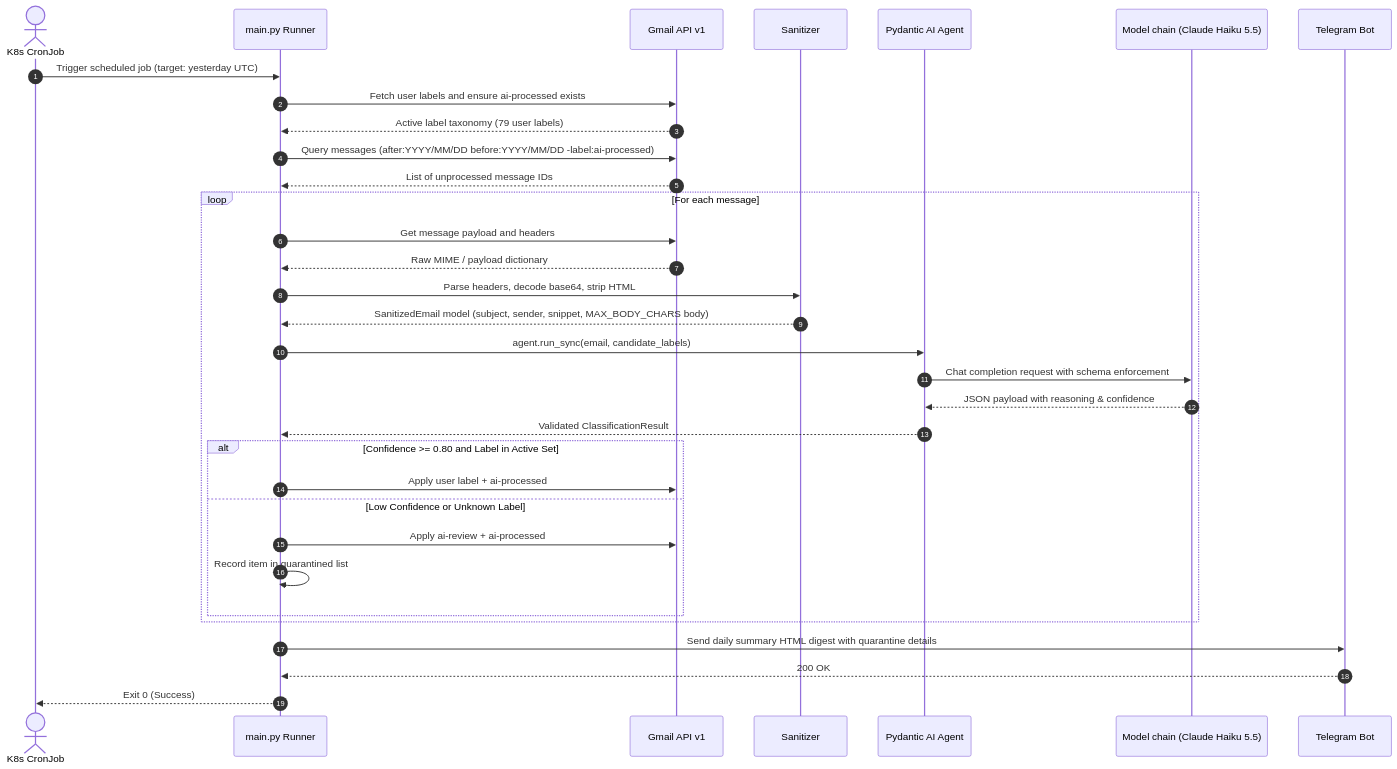
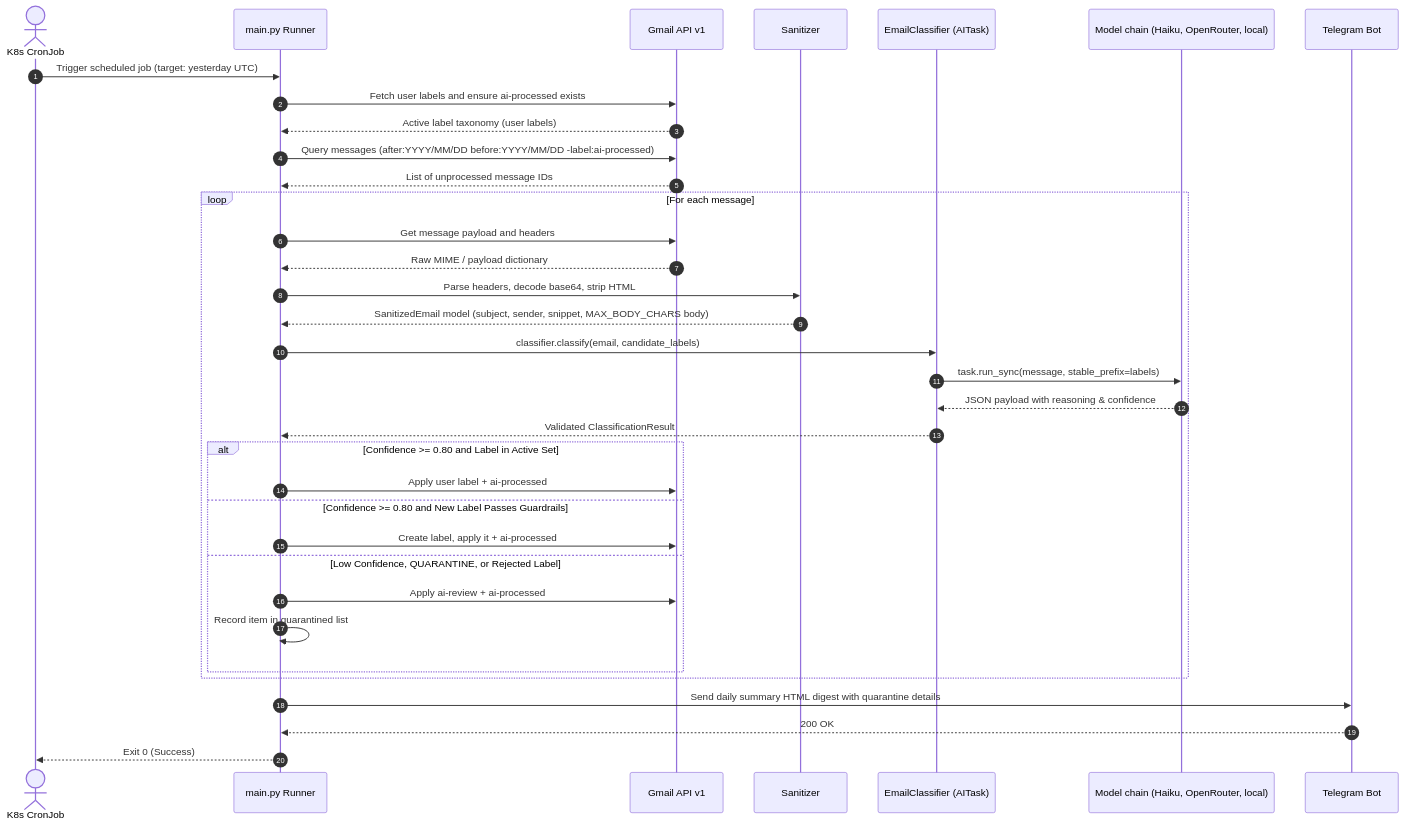
The second of 4 diagrams in docs/src/content/docs/explanation/gmail-classifier.md (nsudhanva/homelab), drawn with Mermaid before and after one commit. The commit also changed other lines of this file and 46 other files, not shown here.

````diff
--- a/docs/src/content/docs/explanation/gmail-classifier.md
+++ b/docs/src/content/docs/explanation/gmail-classifier.md
@@ -77,38 +82,40 @@
 ```mermaid
 sequenceDiagram
     autonumber
     actor Cron as K8s CronJob
     participant Pod as main.py Runner
     participant Gmail as Gmail API v1
     participant San as Sanitizer
-    participant AI as Pydantic AI Agent
-    participant LLM as Model chain (Claude Haiku 5.5)
+    participant AI as EmailClassifier (AITask)
+    participant LLM as Model chain (Haiku, OpenRouter, local)
     participant TG as Telegram Bot
 
     Cron->>Pod: Trigger scheduled job (target: yesterday UTC)
     Pod->>Gmail: Fetch user labels and ensure ai-processed exists
-    Gmail-->>Pod: Active label taxonomy (79 user labels)
+    Gmail-->>Pod: Active label taxonomy (user labels)
     Pod->>Gmail: Query messages (after:YYYY/MM/DD before:YYYY/MM/DD -label:ai-processed)
     Gmail-->>Pod: List of unprocessed message IDs
 
     loop For each message
         Pod->>Gmail: Get message payload and headers
         Gmail-->>Pod: Raw MIME / payload dictionary
         Pod->>San: Parse headers, decode base64, strip HTML
         San-->>Pod: SanitizedEmail model (subject, sender, snippet, MAX_BODY_CHARS body)
-        Pod->>AI: agent.run_sync(email, candidate_labels)
-        AI->>LLM: Chat completion request with schema enforcement
+        Pod->>AI: classifier.classify(email, candidate_labels)
+        AI->>LLM: task.run_sync(message, stable_prefix=labels)
         LLM-->>AI: JSON payload with reasoning & confidence
         AI-->>Pod: Validated ClassificationResult
         alt Confidence >= 0.80 and Label in Active Set
             Pod->>Gmail: Apply user label + ai-processed
-        else Low Confidence or Unknown Label
+        else Confidence >= 0.80 and New Label Passes Guardrails
+            Pod->>Gmail: Create label, apply it + ai-processed
+        else Low Confidence, QUARANTINE, or Rejected Label
             Pod->>Gmail: Apply ai-review + ai-processed
             Pod->>Pod: Record item in quarantined list
         end
     end
 
     Pod->>TG: Send daily summary HTML digest with quarantine details
     TG-->>Pod: 200 OK
     Pod-->>Cron: Exit 0 (Success)
 ```
````
